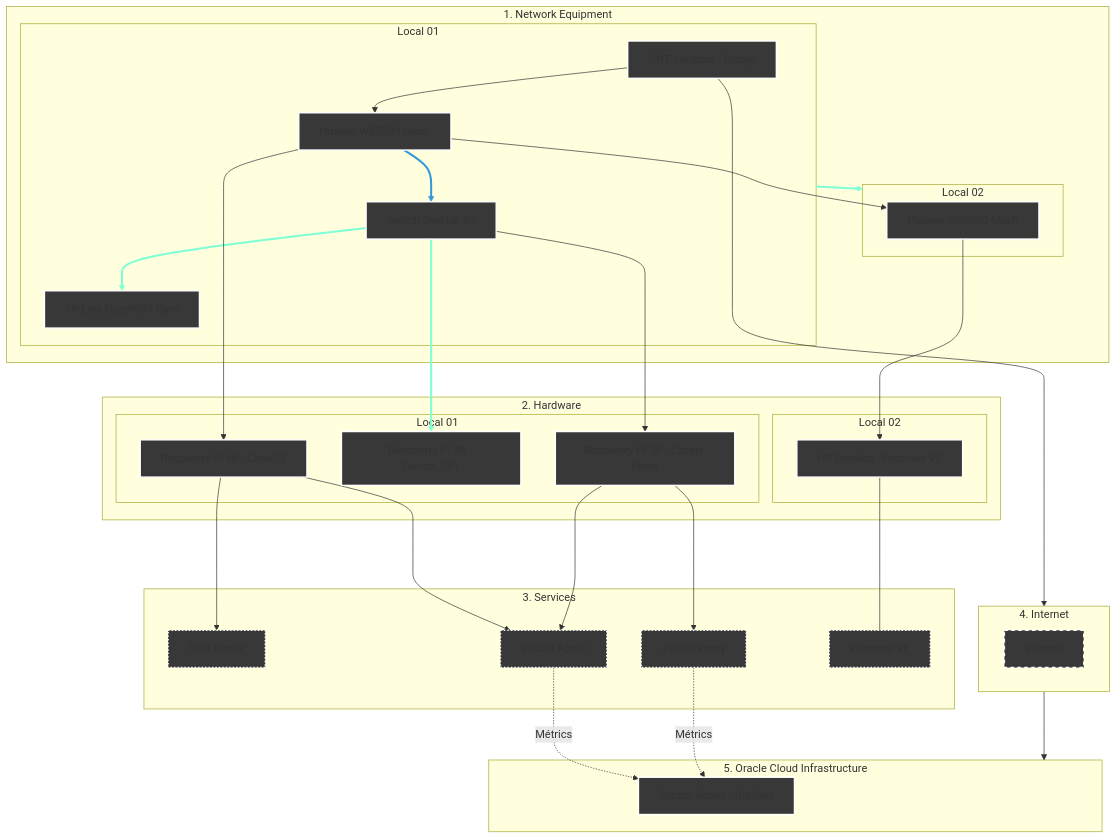
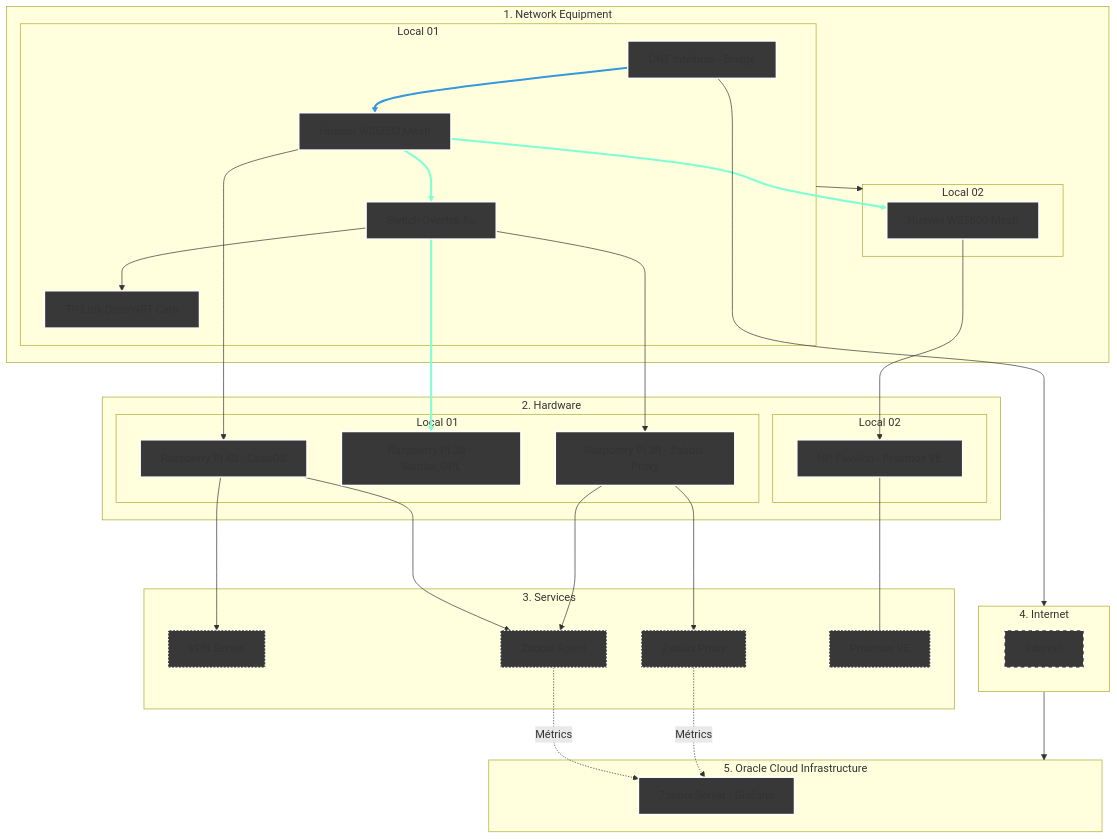
The diagram in Infraestructure/README.md (kevindexter22/Dr-Hardware-Autonet), drawn with Mermaid before and after one commit.

````diff
--- a/Infraestructure/README.md
+++ b/Infraestructure/README.md
@@ -13,66 +13,66 @@
 ```mermaid
 graph TD
     %% Styles
     classDef network fill:#383838,stroke:#FFFFFF,stroke-width:2px;
     classDef hardware fill:#383838,stroke:#FFFFFF,stroke-width:2px;
     classDef internet fill:#383838,stroke:#FFFFFF,stroke-width:2px,stroke-dasharray: 5 5;
     classDef services fill:#383838,stroke:#FFFFFF,stroke-width:2px, stroke-dasharray: 2 3;
     classDef oci fill:#383838,stroke:#FFFFFF,stroke-width:2px;
 
     %% 1. NETWORK EQUIPMENT
     subgraph Principal["1. Network Equipment"]
     subgraph S1 [Local 01]
         ONT[ONT Intelbras - Bridge]:::network --> R_Mesh1[Huawei WS5800 Mesh]:::network
         R_Mesh1 --> SW1[Switch Overtek 8p]:::network
         SW1 --> R_Cams[TP-Link OpenWRT Cam]:::network    
     end
     subgraph S2 [Local 02]
         R_Mesh1 --> R_Mesh2[Huawei WS5800 Mesh]:::network
     end
     S1 --> S2
     end
     
     %% 2. HARDWARE
     subgraph Principal02["2. Hardware"]
     subgraph S3 [Local 01]
         R_Mesh1 ---> RPi4B[Raspberry Pi 4B - CasaOS]:::hardware
         SW1 ---> RPi3B_1[Raspberry Pi 3B - Samba_OPL]:::hardware
         SW1 ---> RPi3B_2[Raspberry Pi 3B - Zabbix Proxy]:::hardware
     end
     subgraph S4 [Local 02]
         R_Mesh2 ---> HP[HP Pavilion - Proxmox VE]:::hardware
     end
     end
 
     %% 3. SERVICES     
     subgraph S5 [3. Services];
         RPi4B ---> VPN[VPN Server]:::services
         RPi4B ---> ZA[Zabbix Agent]:::services
         RPi3B_2 ---> ZA[Zabbix Agent]:::services
         RPi3B_2 ---> ZP[Zabbix Proxy]:::services
         HP --- PVE[Proxmox VE]:::services        
     end
 
     %% 4. Internet (The Bridge)
     subgraph S6 [4. Internet]
            internet[Internet]:::internet
     end
 
     %% 5. Oracle Cloud Infrastructure
     subgraph S7 [5. Oracle Cloud Infrastructure]
         ZS[Zabbix Server - Grafana]:::oci
     end
 
     %% Conections of data flow
     ONT --> S6
     S6 --> S7
     
     %% Logical conections
     ZA -.-> |Métrics| ZS
     ZP -.-> |Métrics| ZS 
 
     %% --- Set collor on conections ---
     
-    linkStyle 1 stroke:#3498db,stroke-width:3px;
-    linkStyle 2,4,6 stroke:#7FFFD4,stroke-width:3px;
+    linkStyle 0 stroke:#3498db,stroke-width:3px;
+    linkStyle 1,3,6 stroke:#7FFFD4,stroke-width:3px;
 ```
````
